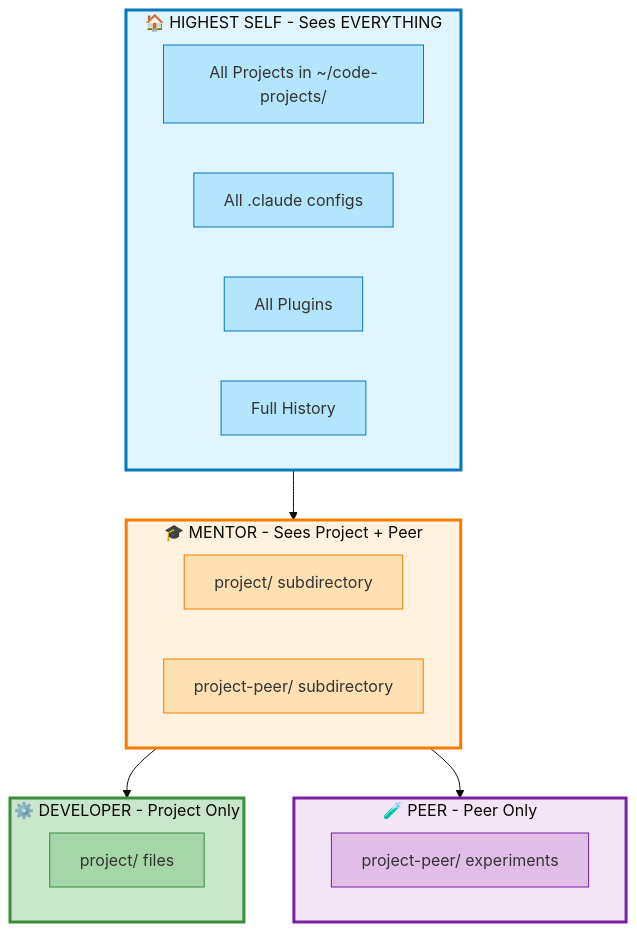
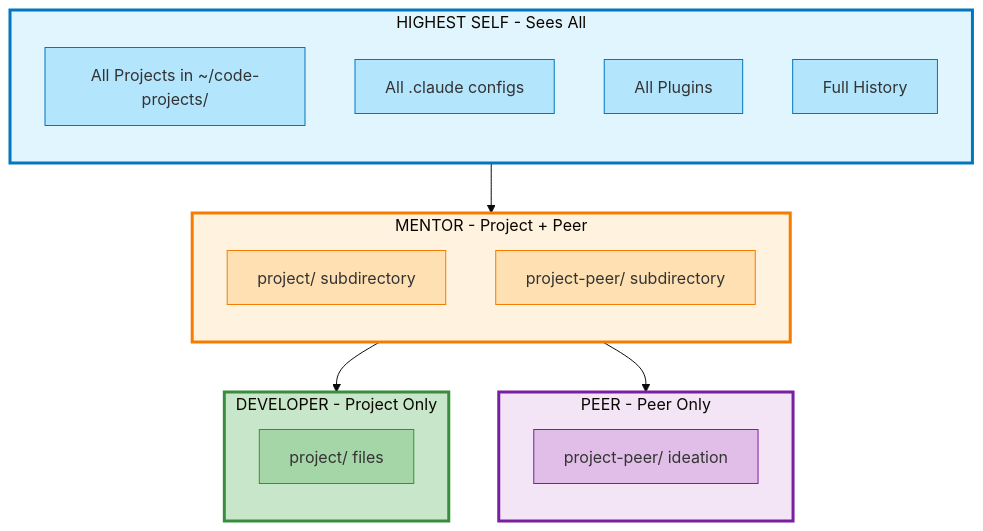
One commit to MartyBonacci/four-minds-pattern changed the diagram in assets/diagrams/context-visibility.mmd. Above: the diagram before and after it, drawn with Mermaid. The commit also changed 13 other files, not shown here.

Commit message:
updated diagrams

```diff
--- a/assets/diagrams/context-visibility.mmd
+++ b/assets/diagrams/context-visibility.mmd
@@ -1,39 +1,43 @@
 %%{init: {'theme':'base'}}%%
 graph TD
-    subgraph HS["🏠 HIGHEST SELF - Sees EVERYTHING"]
+    subgraph HS["HIGHEST SELF - Sees All"]
+        direction TB
         HS1["All Projects in ~/code-projects/"]
         HS2["All .claude configs"]
         HS3["All Plugins"]
         HS4["Full History"]
     end
 
-    subgraph MENTOR["🎓 MENTOR - Sees Project + Peer"]
+    subgraph MENTOR["MENTOR - Project + Peer"]
+        direction TB
         M1["project/ subdirectory"]
         M2["project-peer/ subdirectory"]
     end
 
-    subgraph DEV["⚙️ DEVELOPER - Project Only"]
+    subgraph DEV["DEVELOPER - Project Only"]
+        direction TB
         D1["project/ files"]
     end
 
-    subgraph PEER["🧪 PEER - Peer Only"]
-        P1["project-peer/ experiments"]
+    subgraph PEER["PEER - Peer Only"]
+        direction TB
+        P1["project-peer/ ideation"]
     end
 
     HS --> MENTOR
     MENTOR --> DEV
     MENTOR --> PEER
 
     style HS fill:#e1f5fe,stroke:#0277bd,stroke-width:3px
     style MENTOR fill:#fff3e0,stroke:#f57c00,stroke-width:3px
     style DEV fill:#c8e6c9,stroke:#388e3c,stroke-width:3px
     style PEER fill:#f3e5f5,stroke:#7b1fa2,stroke-width:3px
 
     style HS1 fill:#b3e5fc,stroke:#0277bd
     style HS2 fill:#b3e5fc,stroke:#0277bd
     style HS3 fill:#b3e5fc,stroke:#0277bd
     style HS4 fill:#b3e5fc,stroke:#0277bd
     style M1 fill:#ffe0b2,stroke:#f57c00
     style M2 fill:#ffe0b2,stroke:#f57c00
     style D1 fill:#a5d6a7,stroke:#388e3c
     style P1 fill:#e1bee7,stroke:#7b1fa2
```
